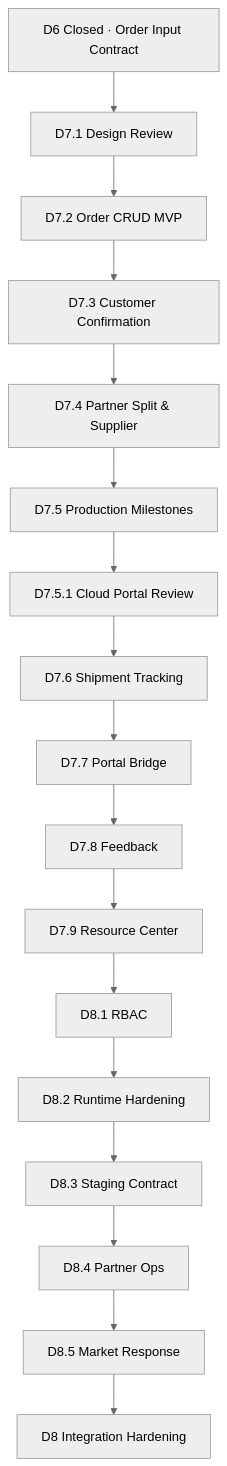
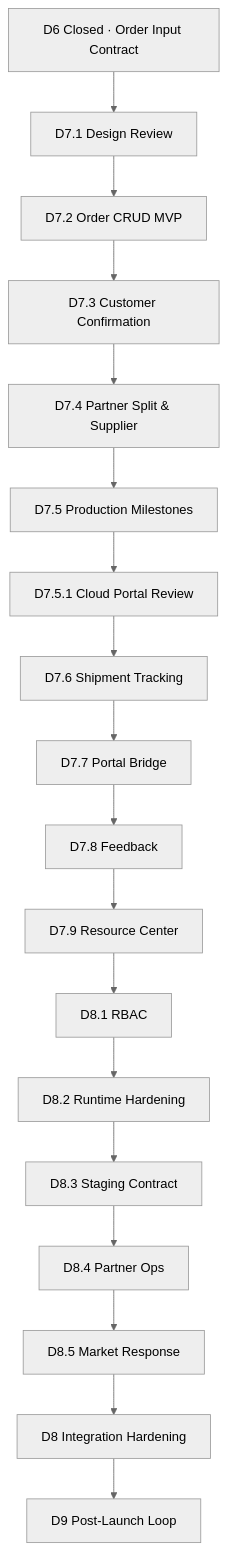
The diagram in docs/phase3/phase3_roadmap.md (StefanoJIA/PartnerOS), drawn with Mermaid (neutral theme) before and after one commit. The commit also changed other lines of this file and 15 other files, not shown here.

Commit message:
docs(phase3): add D9 post-launch operating loop

````diff
--- a/docs/phase3/phase3_roadmap.md
+++ b/docs/phase3/phase3_roadmap.md
@@ -45,37 +46,39 @@
 ```mermaid
 flowchart TD
   D6[D6 Closed · Order Input Contract]
   D71[D7.1 Design Review]
   D72[D7.2 Order CRUD MVP]
   D73[D7.3 Customer Confirmation]
   D74[D7.4 Partner Split & Supplier]
   D75[D7.5 Production Milestones]
   D751[D7.5.1 Cloud Portal Review]
   D76[D7.6 Shipment Tracking]
   D77[D7.7 Portal Bridge]
   D78[D7.8 Feedback]
   D79[D7.9 Resource Center]
   D81[D8.1 RBAC]
   D82[D8.2 Runtime Hardening]
   D83[D8.3 Staging Contract]
   D84[D8.4 Partner Ops]
   D85[D8.5 Market Response]
   D8[D8 Integration Hardening]
+  D9[D9 Post-Launch Loop]
 
   D6 --> D71
   D71 --> D72
   D72 --> D73
   D73 --> D74
   D74 --> D75
   D75 --> D751
   D751 --> D76
   D76 --> D77
   D77 --> D78
   D78 --> D79
   D79 --> D81
   D81 --> D82
   D82 --> D83
   D83 --> D84
   D84 --> D85
   D85 --> D8
+  D8 --> D9
 ```
````
